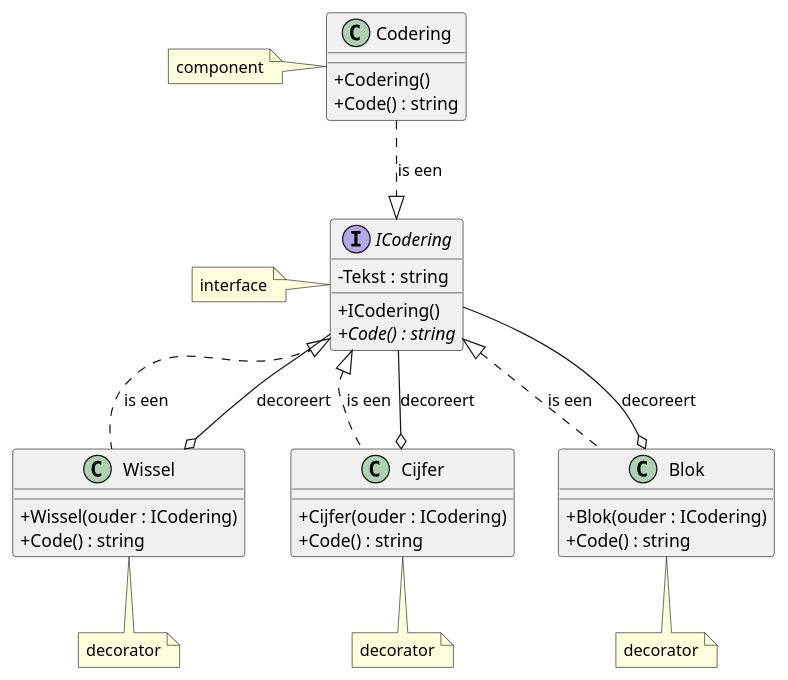
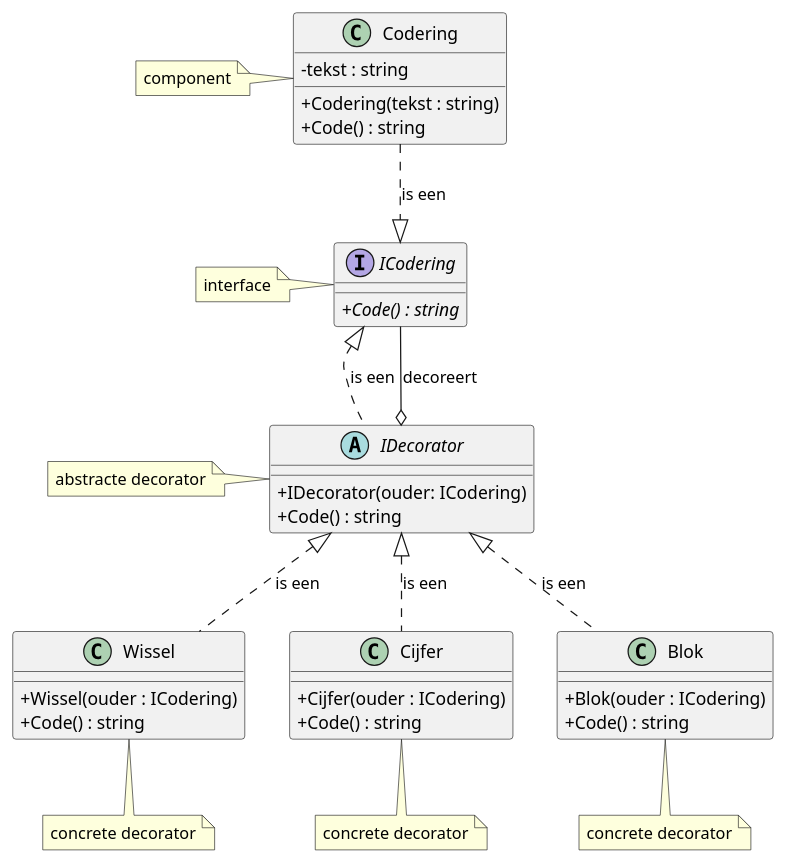
The diagram in labo2.puml (jorenjamar/SoftwareontwikkelingLabo2), drawn with PlantUML before and after one commit. The commit also changed 18 other files, not shown here.

```diff
--- a/labo2.puml
+++ b/labo2.puml
@@ -1,39 +1,45 @@
 @startuml labo2
 skinparam ClassAttributeIconSize 0
 class Codering{
-    +Codering()
+    -tekst : string
+    +Codering(tekst : string)
     +Code() : string
 }
 note left: component
 interface ICodering{
-    -Tekst : string
-    +ICodering()
     +{abstract}Code() : string
 }
 note left: interface
+
+abstract class IDecorator{
+    +IDecorator(ouder: ICodering)
+    +Code() : string
+}
+note left: abstracte decorator
+
 class Wissel{
     +Wissel(ouder : ICodering)
     +Code() : string
 }
-note bottom: decorator
+note bottom: concrete decorator
 class Cijfer{
     +Cijfer(ouder : ICodering)
     +Code() : string
 }
-note bottom: decorator
+note bottom: concrete decorator
 class Blok{
     +Blok(ouder : ICodering)
     +Code() : string
 }
-note bottom: decorator
+note bottom: concrete decorator
 
 ICodering <|.up. Codering : is een
-ICodering <|.. Wissel: is een
-ICodering <|.. Cijfer: is een
-ICodering <|.. Blok: is een
+ICodering <|.down. IDecorator : is een
+IDecorator <|.. Wissel: is een
+IDecorator <|.. Cijfer: is een
+IDecorator <|.. Blok: is een
 
-Wissel o-- ICodering: decoreert
-Cijfer o-- ICodering: decoreert
-Blok o-- ICodering: decoreert
+IDecorator o-- ICodering: decoreert
+
 
 @enduml
```
